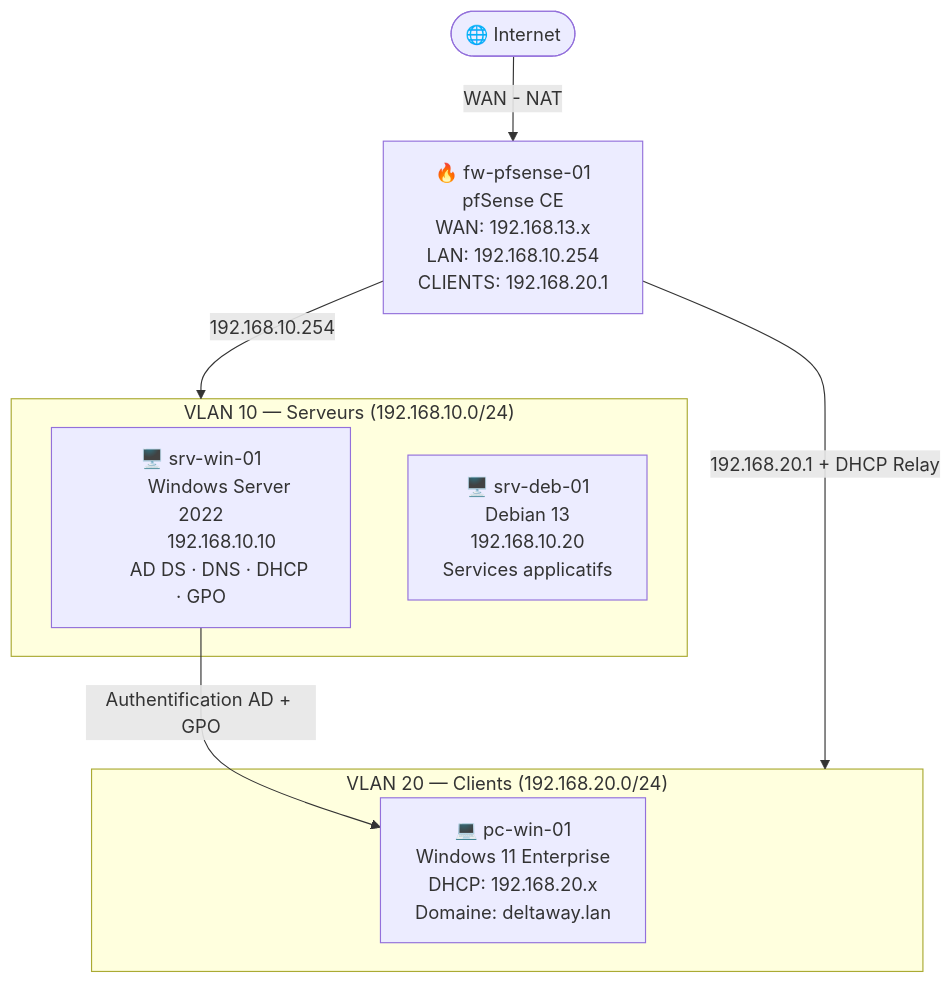
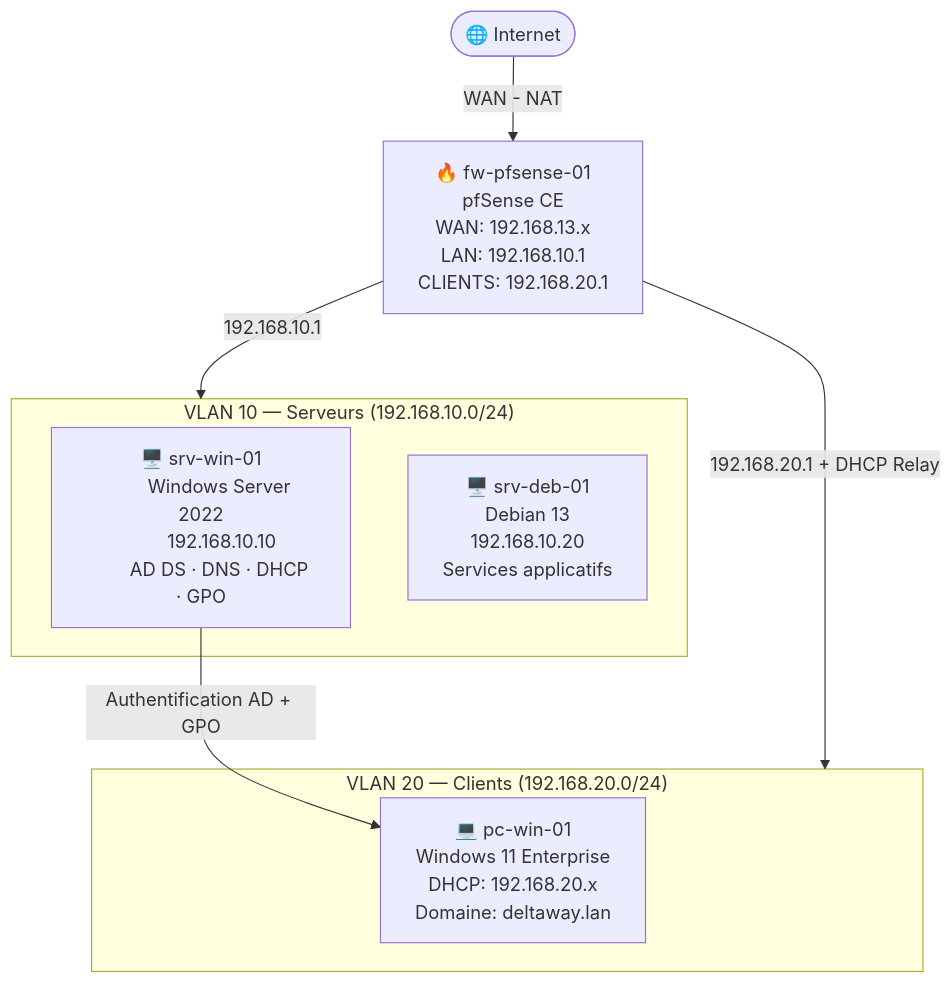
The diagram in README.md (kenny-bretille/deltaway-infra), drawn with Mermaid before and after one commit. The commit also changed 2 other files, not shown here.

Commit message:
Fix : correction adressage IP pfSense .254 -> .1, Netplan Ubuntu

````diff
--- a/README.md
+++ b/README.md
@@ -31,34 +31,34 @@
 ```mermaid
 graph TD
     Internet([🌐 Internet])
     Internet -->|WAN - NAT| PF
 
     PF["🔥 fw-pfsense-01
     pfSense CE
     WAN: 192.168.13.x
-    LAN: 192.168.10.254
+    LAN: 192.168.10.1
     CLIENTS: 192.168.20.1"]
 
     subgraph VLAN10["VLAN 10 — Serveurs (192.168.10.0/24)"]
         WIN["🖥️ srv-win-01
         Windows Server 2022
         192.168.10.10
         AD DS · DNS · DHCP · GPO"]
 
         DEB["🖥️ srv-deb-01
         Debian 13
         192.168.10.20
         Services applicatifs"]
     end
 
     subgraph VLAN20["VLAN 20 — Clients (192.168.20.0/24)"]
         PC["💻 pc-win-01
         Windows 11 Enterprise
         DHCP: 192.168.20.x
         Domaine: deltaway.lan"]
     end
 
-    PF -->|192.168.10.254| VLAN10
+    PF -->|192.168.10.1| VLAN10
     PF -->|192.168.20.1 + DHCP Relay| VLAN20
     WIN -->|Authentification AD + GPO| PC
 ```
````
